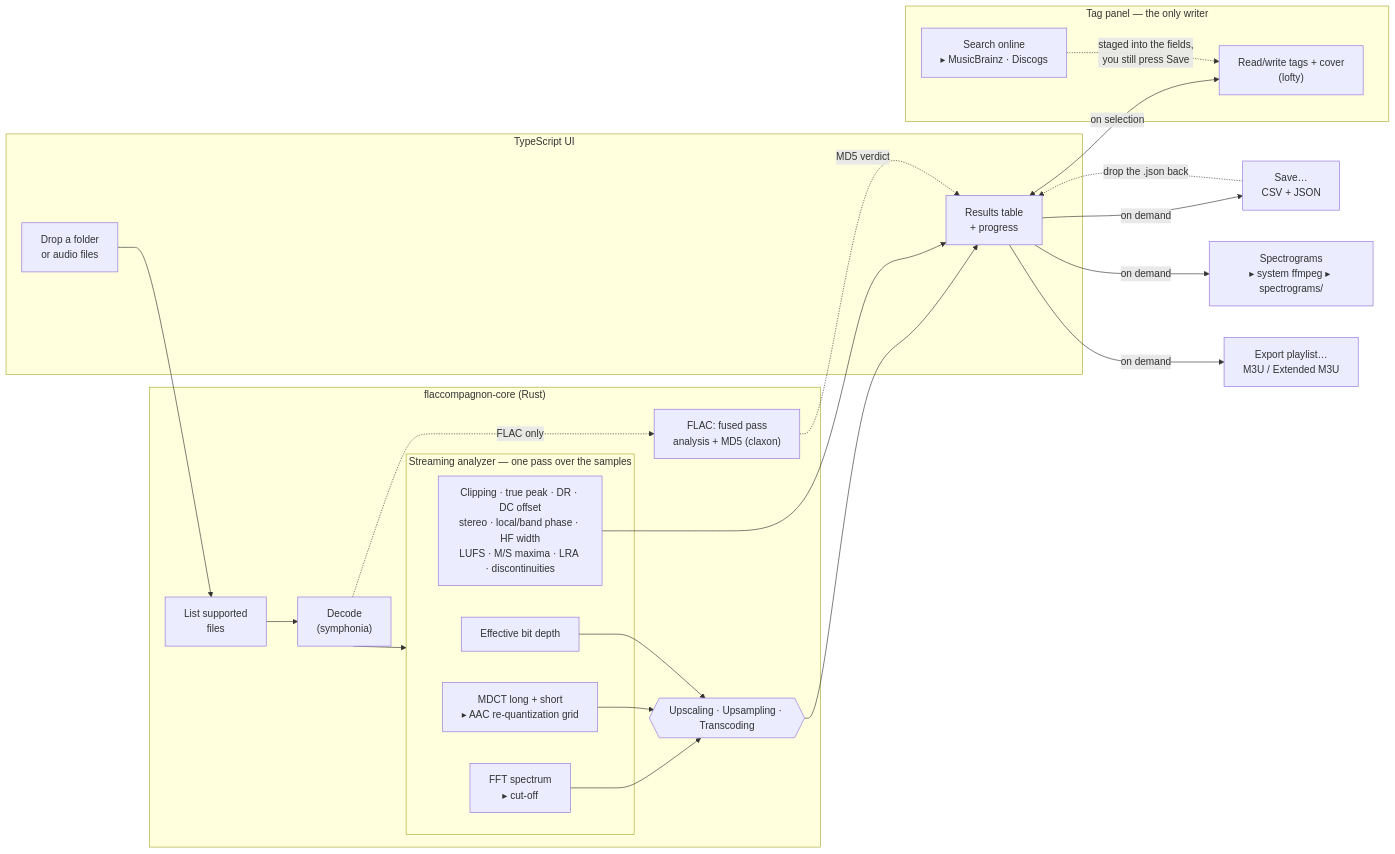
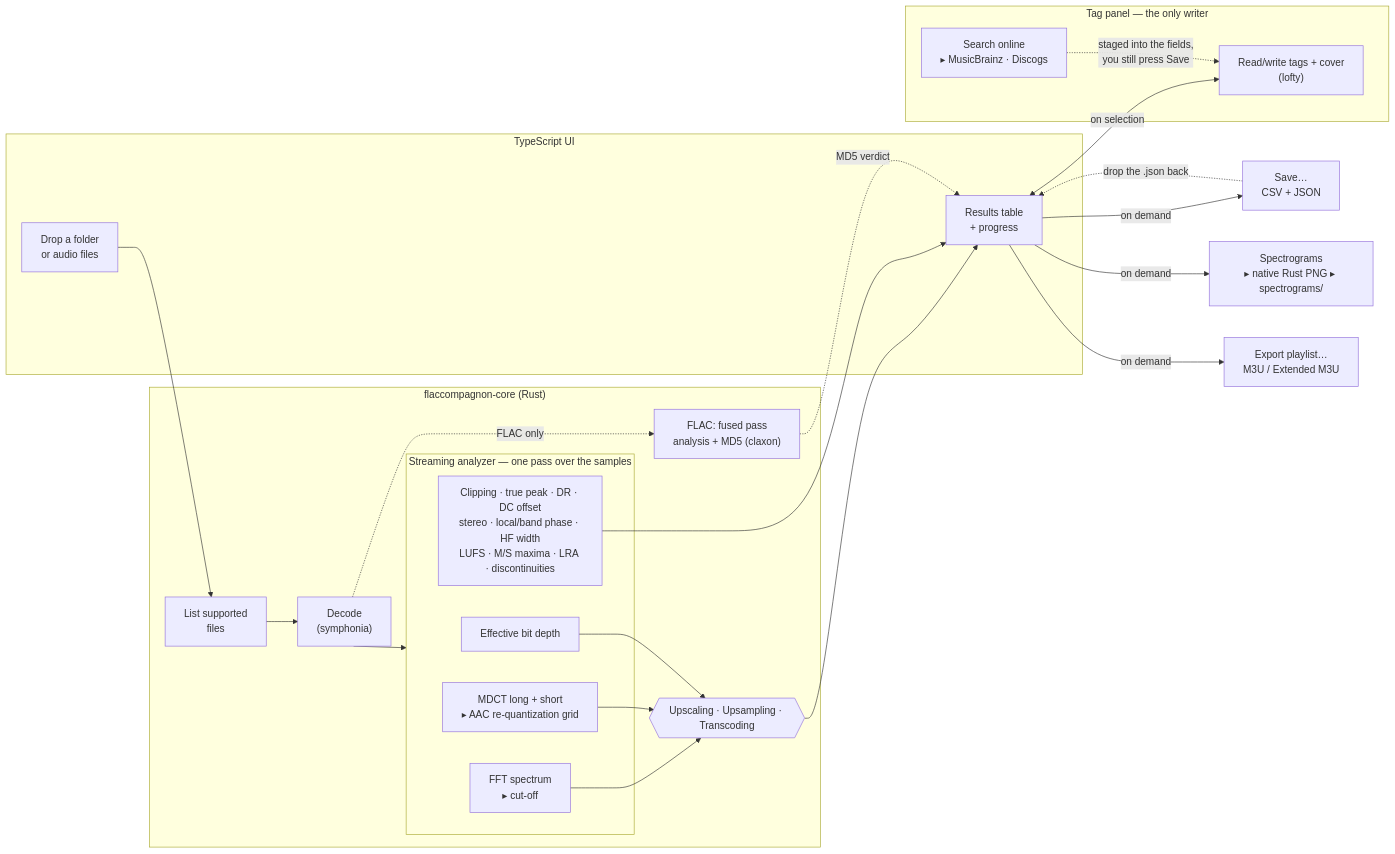
Before and after one commit to craft-and-code/FlacCompagnon: the diagram in README.md, drawn with Mermaid. The commit also changed other lines of this file and 67 other files, not shown here.

Commit message:
Generate spectrograms with a shared native Rust PNG engine

````diff
--- a/README.md
+++ b/README.md
@@ -189,44 +189,44 @@
 ```mermaid
 flowchart LR
     subgraph UI["TypeScript UI"]
         drop["Drop a folder<br/>or audio files"]
         table["Results table<br/>+ progress"]
     end
 
     subgraph core["flaccompagnon-core (Rust)"]
         list["List supported<br/>files"]
         decode["Decode<br/>(symphonia)"]
         fused["FLAC: fused pass<br/>analysis + MD5 (claxon)"]
 
         subgraph analyzer["Streaming analyzer — one pass over the samples"]
             fft["FFT spectrum<br/>▸ cut-off"]
             mdct["MDCT long + short<br/>▸ AAC re-quantization grid"]
             bits["Effective bit depth"]
             levels["Clipping · true peak · DR · DC offset<br/>stereo · local/band phase · HF width<br/>LUFS · M/S maxima · LRA · discontinuities"]
         end
 
         verdict{{"Upscaling · Upsampling · Transcoding"}}
     end
 
     save["Save…<br/>CSV + JSON"]
-    spectro["Spectrograms<br/>▸ system ffmpeg ▸ spectrograms/"]
+    spectro["Spectrograms<br/>▸ native Rust PNG ▸ spectrograms/"]
     m3u["Export playlist…<br/>M3U / Extended M3U"]
 
     subgraph tagging["Tag panel — the only writer"]
         tags["Read/write tags + cover<br/>(lofty)"]
         online["Search online<br/>▸ MusicBrainz · Discogs"]
     end
 
     drop --> list --> decode --> analyzer
     decode -.->|FLAC only| fused
     fft & mdct & bits --> verdict
     verdict --> table
     levels --> table
     fused -.->|MD5 verdict| table
     table -->|on demand| save
     table -->|on demand| spectro
     table -->|on demand| m3u
     save -.->|drop the .json back| table
     table <-->|on selection| tags
     online -.->|staged into the fields,<br/>you still press Save| tags
 ```
````
